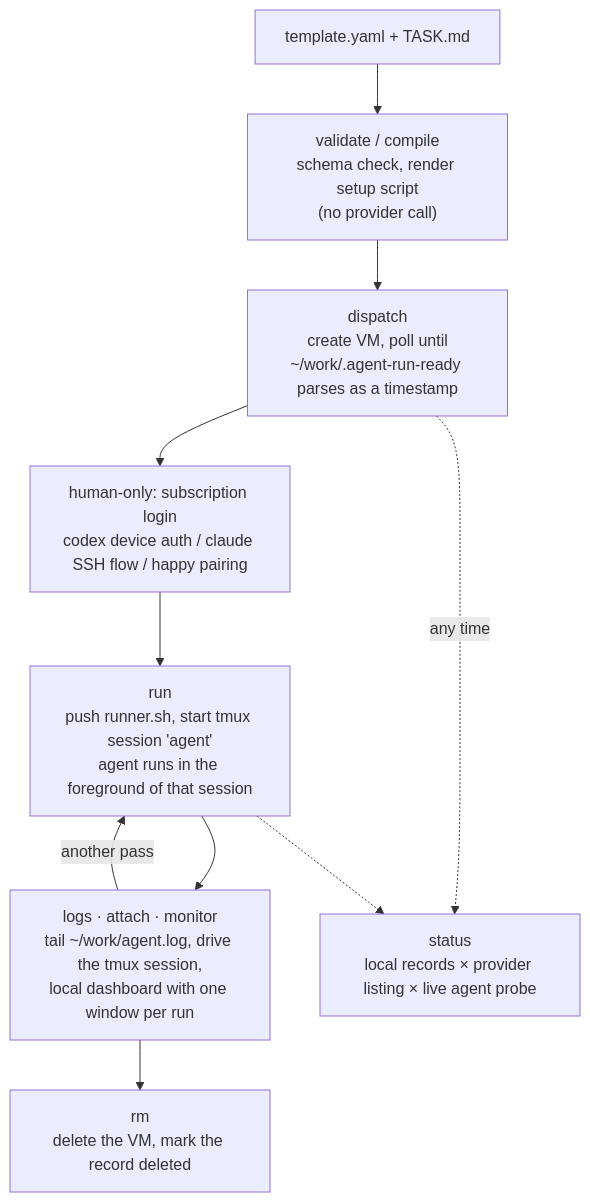
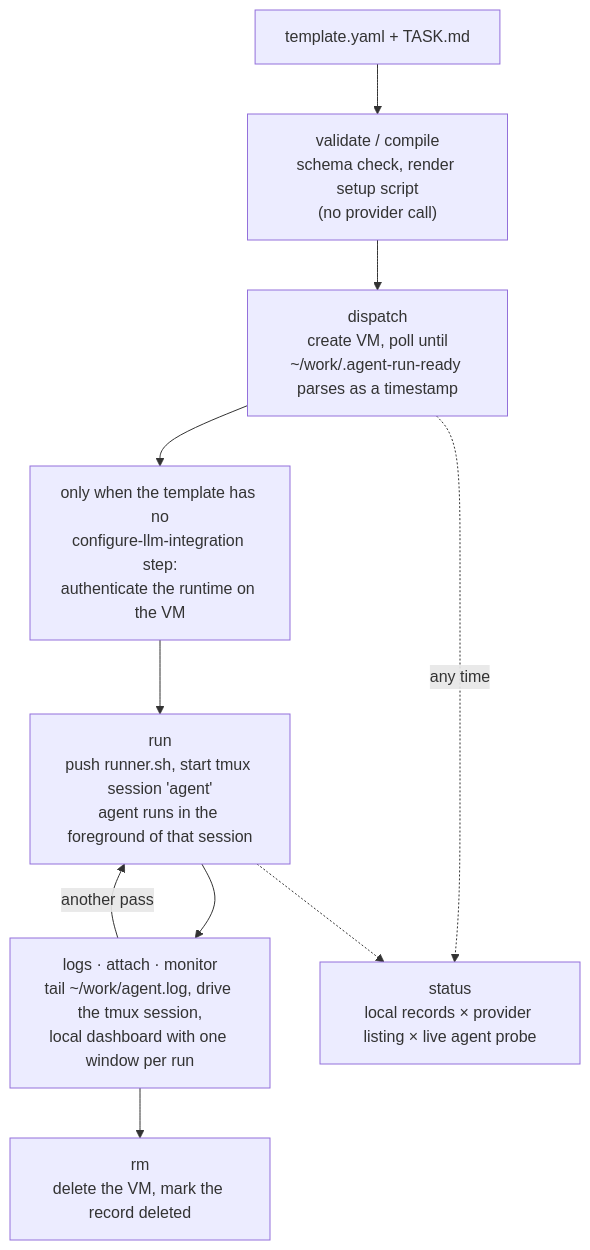
Before and after one commit to almeidabbm/dot-files: the diagram in agent-run/README.md, drawn with Mermaid. The commit also changed other lines of this file and 4 other files, not shown here.

````diff
--- a/agent-run/README.md
+++ b/agent-run/README.md
@@ -24,12 +24,12 @@
 ```mermaid
 flowchart TD
     tpl["template.yaml + TASK.md"] --> vc["validate / compile<br/>schema check, render setup script<br/>(no provider call)"]
     vc --> disp["dispatch<br/>create VM, poll until<br/>~/work/.agent-run-ready parses as a timestamp"]
-    disp --> auth["human-only: subscription login<br/>codex device auth / claude SSH flow / happy pairing"]
+    disp --> auth["only when the template has no<br/>configure-llm-integration step:<br/>authenticate the runtime on the VM"]
     auth --> run["run<br/>push runner.sh, start tmux session 'agent'<br/>agent runs in the foreground of that session"]
     run --> obs["logs · attach · monitor<br/>tail ~/work/agent.log, drive the tmux session,<br/>local dashboard with one window per run"]
     obs -->|"another pass"| run
     obs --> rm["rm<br/>delete the VM, mark the record deleted"]
     disp -.->|"any time"| st["status<br/>local records × provider listing × live agent probe"]
     run -.-> st
 ```
````
